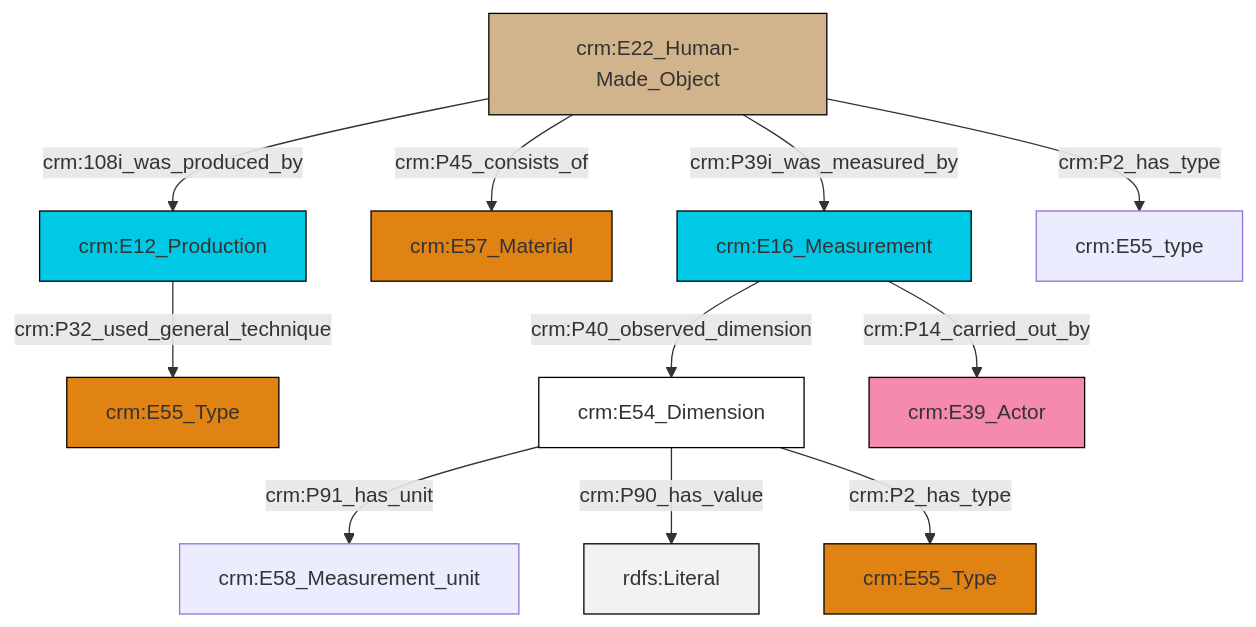
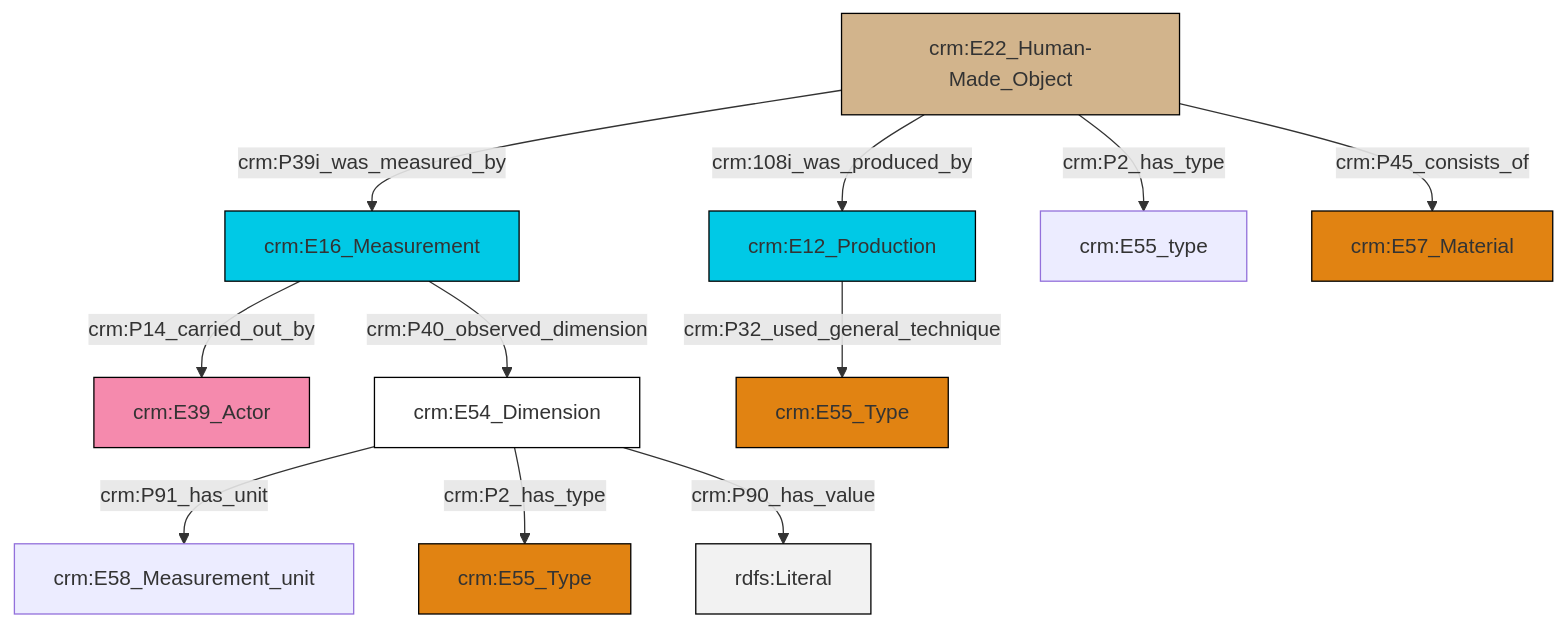
Before and after one commit to swiss-art-research-net/reference-data-models: the diagram in et/builtWorkCSV/ttl/mmd/Built_Work_substance.ttl.mmd, drawn with Mermaid. The commit also changed 125 other files, not shown here.

```diff
--- a/et/builtWorkCSV/ttl/mmd/Built_Work_substance.ttl.mmd
+++ b/et/builtWorkCSV/ttl/mmd/Built_Work_substance.ttl.mmd
@@ -1,25 +1,25 @@
 graph TD
 classDef Literal fill:#f2f2f2,stroke:#000000;
 classDef CRM_Entity fill:#FFFFFF,stroke:#000000;
 classDef Temporal_Entity fill:#00C9E6, stroke:#000000;
 classDef Type fill:#E18312, stroke:#000000;
 classDef Time-Span fill:#2C9C91, stroke:#000000;
 classDef Appellation fill:#FFEB7F, stroke:#000000;
 classDef Place fill:#008836, stroke:#000000;
 classDef Persistent_Item fill:#B266B2, stroke:#000000;
 classDef Conceptual_Object fill:#FFD700, stroke:#000000;
 classDef Physical_Thing fill:#D2B48C, stroke:#000000;
 classDef Actor fill:#f58aad, stroke:#000000;
 classDef PC_Classes fill:#4ce600, stroke:#000000;
 classDef Multi fill:#cccccc,stroke:#000000;
 
 0["crm:E22_Human-Made_Object"]:::Physical_Thing -->|crm:108i_was_produced_by| 1["crm:E12_Production"]:::Temporal_Entity
-1["crm:E12_Production"]:::Temporal_Entity -->|crm:P32_used_general_technique| 7["crm:E55_Type"]:::Type
-12["crm:E54_Dimension"]:::CRM_Entity -->|crm:P91_has_unit| 4["crm:E58_Measurement_unit"]:::Default
-14["crm:E16_Measurement"]:::Temporal_Entity -->|crm:P40_observed_dimension| 12["crm:E54_Dimension"]:::CRM_Entity
-0["crm:E22_Human-Made_Object"]:::Physical_Thing -->|crm:P45_consists_of| 10["crm:E57_Material"]:::Type
-12["crm:E54_Dimension"]:::CRM_Entity -->|crm:P90_has_value| 15[rdfs:Literal]:::Literal
-14["crm:E16_Measurement"]:::Temporal_Entity -->|crm:P14_carried_out_by| 2["crm:E39_Actor"]:::Actor
-0["crm:E22_Human-Made_Object"]:::Physical_Thing -->|crm:P39i_was_measured_by| 14["crm:E16_Measurement"]:::Temporal_Entity
-12["crm:E54_Dimension"]:::CRM_Entity -->|crm:P2_has_type| 16["crm:E55_Type"]:::Type
-0["crm:E22_Human-Made_Object"]:::Physical_Thing -->|crm:P2_has_type| 8["crm:E55_type"]:::Default
+4["crm:E16_Measurement"]:::Temporal_Entity -->|crm:P40_observed_dimension| 5["crm:E54_Dimension"]:::CRM_Entity
+0["crm:E22_Human-Made_Object"]:::Physical_Thing -->|crm:P2_has_type| 6["crm:E55_type"]:::Default
+5["crm:E54_Dimension"]:::CRM_Entity -->|crm:P91_has_unit| 7["crm:E58_Measurement_unit"]:::Default
+5["crm:E54_Dimension"]:::CRM_Entity -->|crm:P2_has_type| 8["crm:E55_Type"]:::Type
+0["crm:E22_Human-Made_Object"]:::Physical_Thing -->|crm:P39i_was_measured_by| 4["crm:E16_Measurement"]:::Temporal_Entity
+1["crm:E12_Production"]:::Temporal_Entity -->|crm:P32_used_general_technique| 10["crm:E55_Type"]:::Type
+5["crm:E54_Dimension"]:::CRM_Entity -->|crm:P90_has_value| 12[rdfs:Literal]:::Literal
+0["crm:E22_Human-Made_Object"]:::Physical_Thing -->|crm:P45_consists_of| 15["crm:E57_Material"]:::Type
+4["crm:E16_Measurement"]:::Temporal_Entity -->|crm:P14_carried_out_by| 2["crm:E39_Actor"]:::Actor
```
